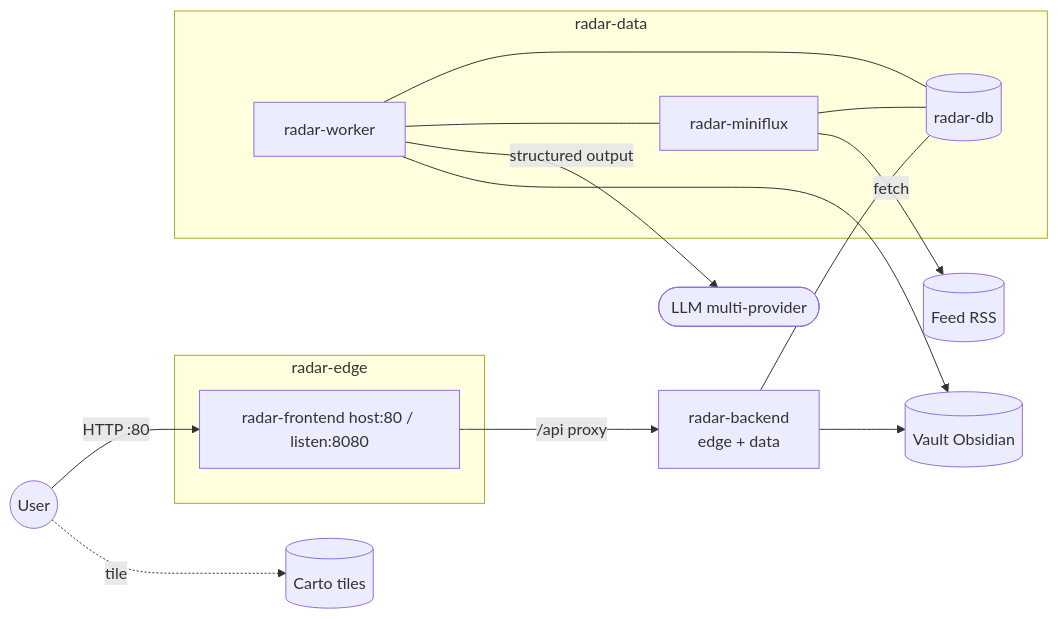
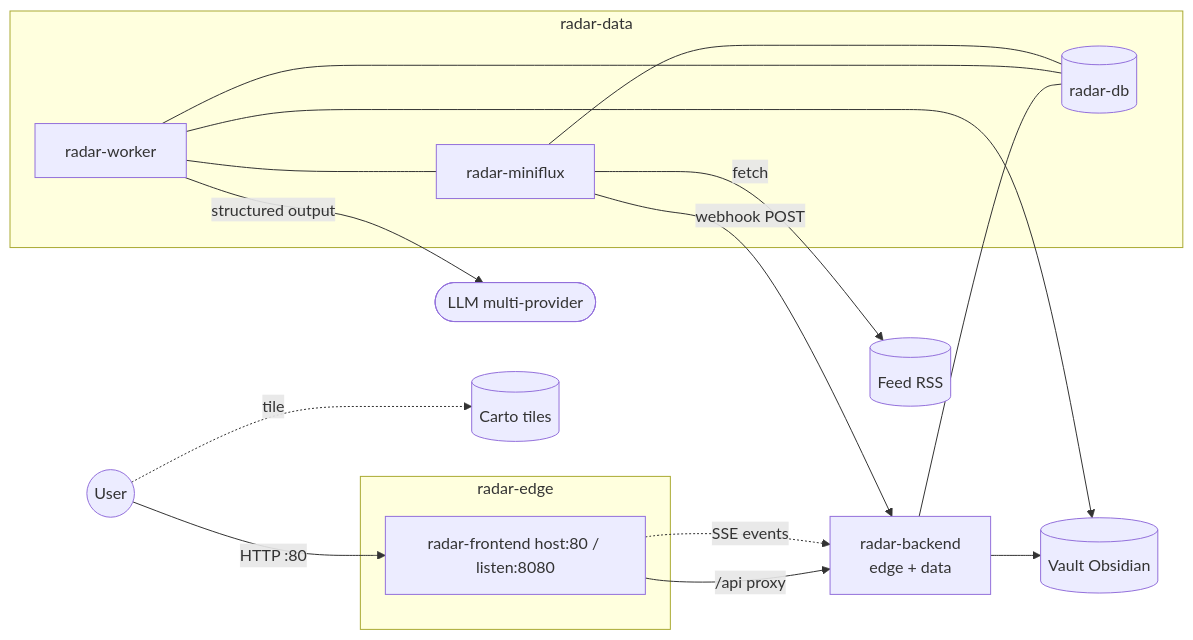
Before and after one commit to JiraaG/Intelligence-Dashboard: the diagram in README.md, drawn with Mermaid. The commit also changed other lines of this file and 23 other files, not shown here.

First line of the commit message:
feat(radar): complete Phase B real-time webhook, SSE soft-refresh, GATE verde

````diff
--- a/README.md
+++ b/README.md
@@ -52,28 +52,30 @@
 ```mermaid
 flowchart LR
   User((User))
   subgraph edge["radar-edge"]
     FE["radar-frontend host:80 / listen:8080"]
   end
   API[radar-backend<br/>edge + data]
   subgraph dataNet["radar-data"]
     W[radar-worker]
     DB[(radar-db)]
     MF[radar-miniflux]
   end
   Vault[(Vault Obsidian)]
   LLM([LLM multi-provider])
   Carto[(Carto tiles)]
   RSS[(Feed RSS)]
   User -->|HTTP :80| FE
   User -.->|tile| Carto
   FE -->|/api proxy| API
+  FE -.->|SSE events| API
   API --- DB
   W --- DB
   W --- MF
   W -->|structured output| LLM
   W --> Vault
   API --> Vault
   MF --- DB
   MF -->|fetch| RSS
+  MF -->|webhook POST| API
 ```
````
